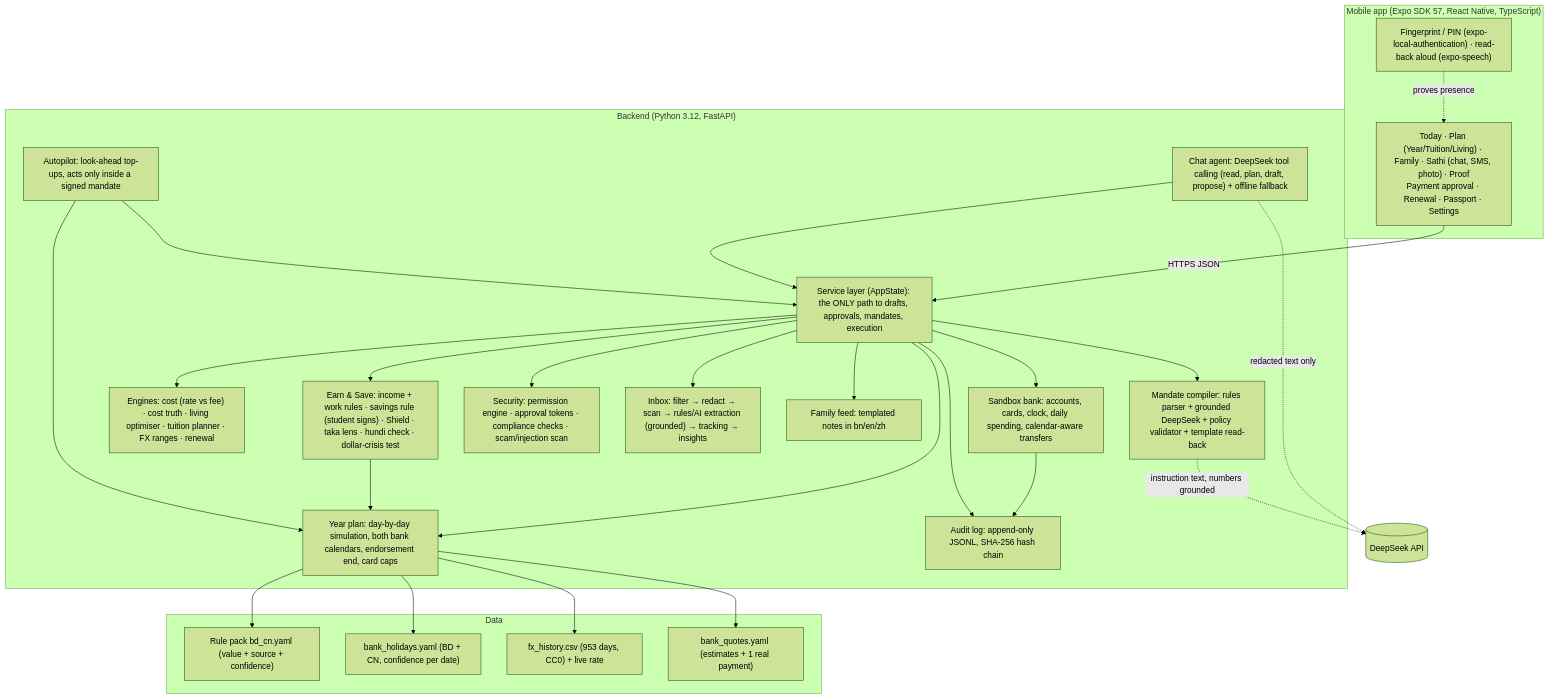
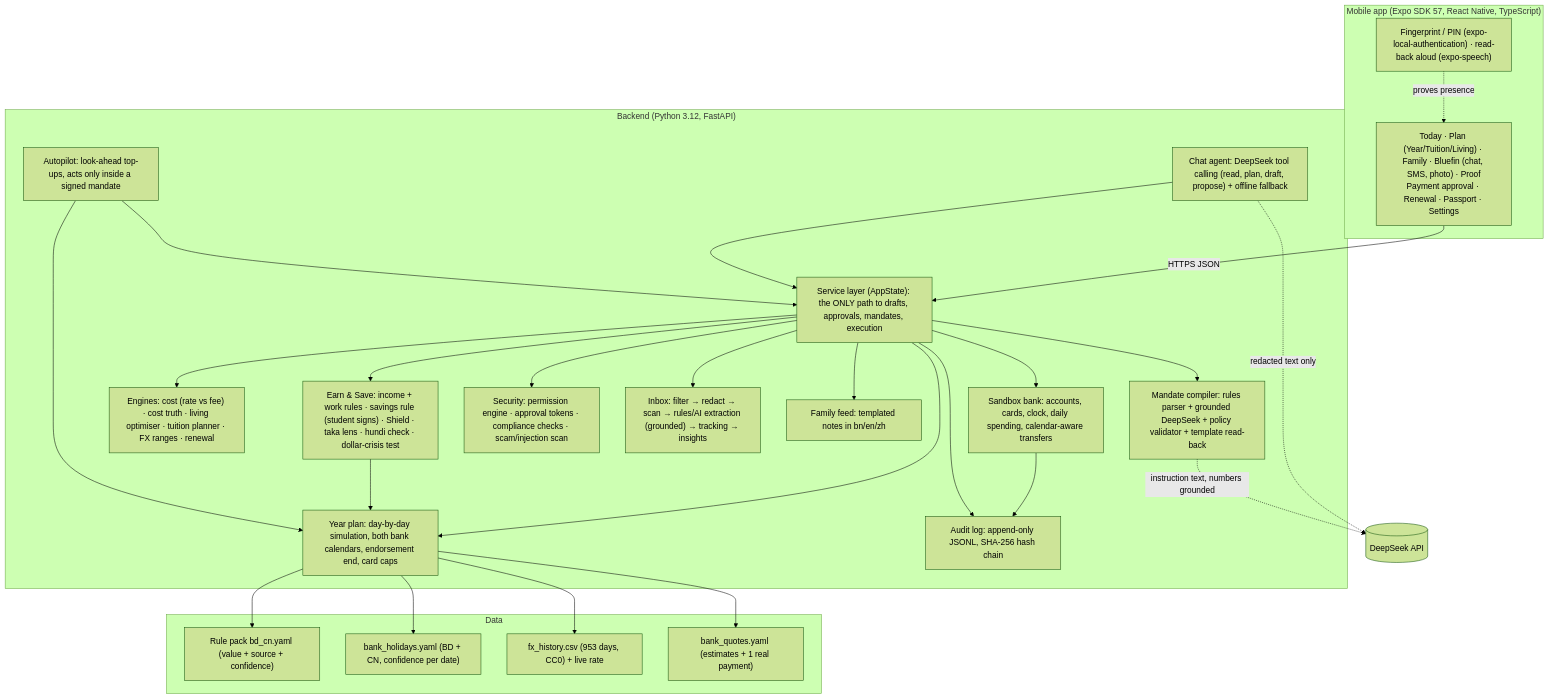
One commit to Tasrif-Ahmed-Mohsin/finbuddy changed the first of 3 diagrams in docs/TECHNICAL_DOCUMENTATION.md. Above: the diagram before and after it, drawn with Mermaid (forest theme). The commit also changed other lines of this file and 83 other files, not shown here.

First line of the commit message:
Rename Sathi to Bluefin; space the Story cards

````diff
--- a/docs/TECHNICAL_DOCUMENTATION.md
+++ b/docs/TECHNICAL_DOCUMENTATION.md
@@ -57,39 +57,39 @@
 ```mermaid
 flowchart TB
   subgraph Phone["Mobile app (Expo SDK 57, React Native, TypeScript)"]
-    UI["Today · Plan (Year/Tuition/Living) · Family · Sathi (chat, SMS, photo) · Proof<br/>Payment approval · Renewal · Passport · Settings"]
+    UI["Today · Plan (Year/Tuition/Living) · Family · Bluefin (chat, SMS, photo) · Proof<br/>Payment approval · Renewal · Passport · Settings"]
     BIO["Fingerprint / PIN (expo-local-authentication) · read-back aloud (expo-speech)"]
   end
   subgraph API["Backend (Python 3.12, FastAPI)"]
     SVC["Service layer (AppState): the ONLY path to drafts, approvals, mandates, execution"]
     AP["Autopilot: look-ahead top-ups, acts only inside a signed mandate"]
     MC["Mandate compiler: rules parser + grounded DeepSeek + policy validator + template read-back"]
     YP["Year plan: day-by-day simulation, both bank calendars, endorsement end, card caps"]
     AG["Chat agent: DeepSeek tool calling (read, plan, draft, propose) + offline fallback"]
     ENG["Engines: cost (rate vs fee) · cost truth · living optimiser · tuition planner · FX ranges · renewal"]
     EAS["Earn & Save: income + work rules · savings rule (student signs) · Shield · taka lens · hundi check · dollar-crisis test"]
     SEC["Security: permission engine · approval tokens · compliance checks · scam/injection scan"]
     INB["Inbox: filter → redact → scan → rules/AI extraction (grounded) → tracking → insights"]
     FEED["Family feed: templated notes in bn/en/zh"]
     BANK["Sandbox bank: accounts, cards, clock, daily spending, calendar-aware transfers"]
     AUD["Audit log: append-only JSONL, SHA-256 hash chain"]
   end
   subgraph Data["Data"]
     RULES["Rule pack bd_cn.yaml (value + source + confidence)"]
     CAL["bank_holidays.yaml (BD + CN, confidence per date)"]
     FX["fx_history.csv (953 days, CC0) + live rate"]
     Q["bank_quotes.yaml (estimates + 1 real payment)"]
   end
   UI -- HTTPS JSON --> SVC
   BIO -. proves presence .-> UI
   AG --> SVC
   AP --> SVC
   SVC --> MC & YP & ENG & SEC & INB & FEED & BANK & EAS
   EAS --> YP
   AP --> YP
   BANK --> AUD
   SVC --> AUD
   YP --> RULES & CAL & FX & Q
   AG -. redacted text only .-> DS[(DeepSeek API)]
   MC -. instruction text, numbers grounded .-> DS
 ```
````
